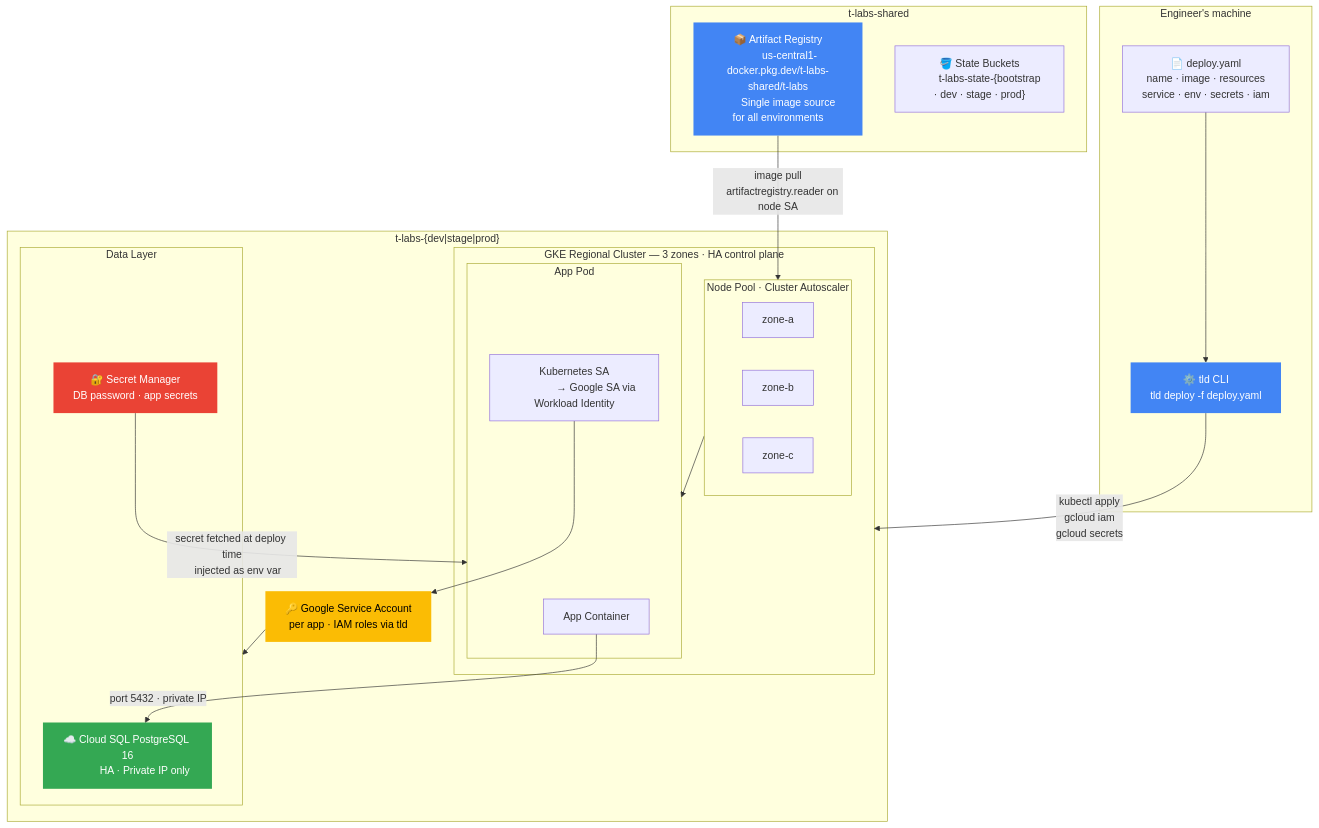
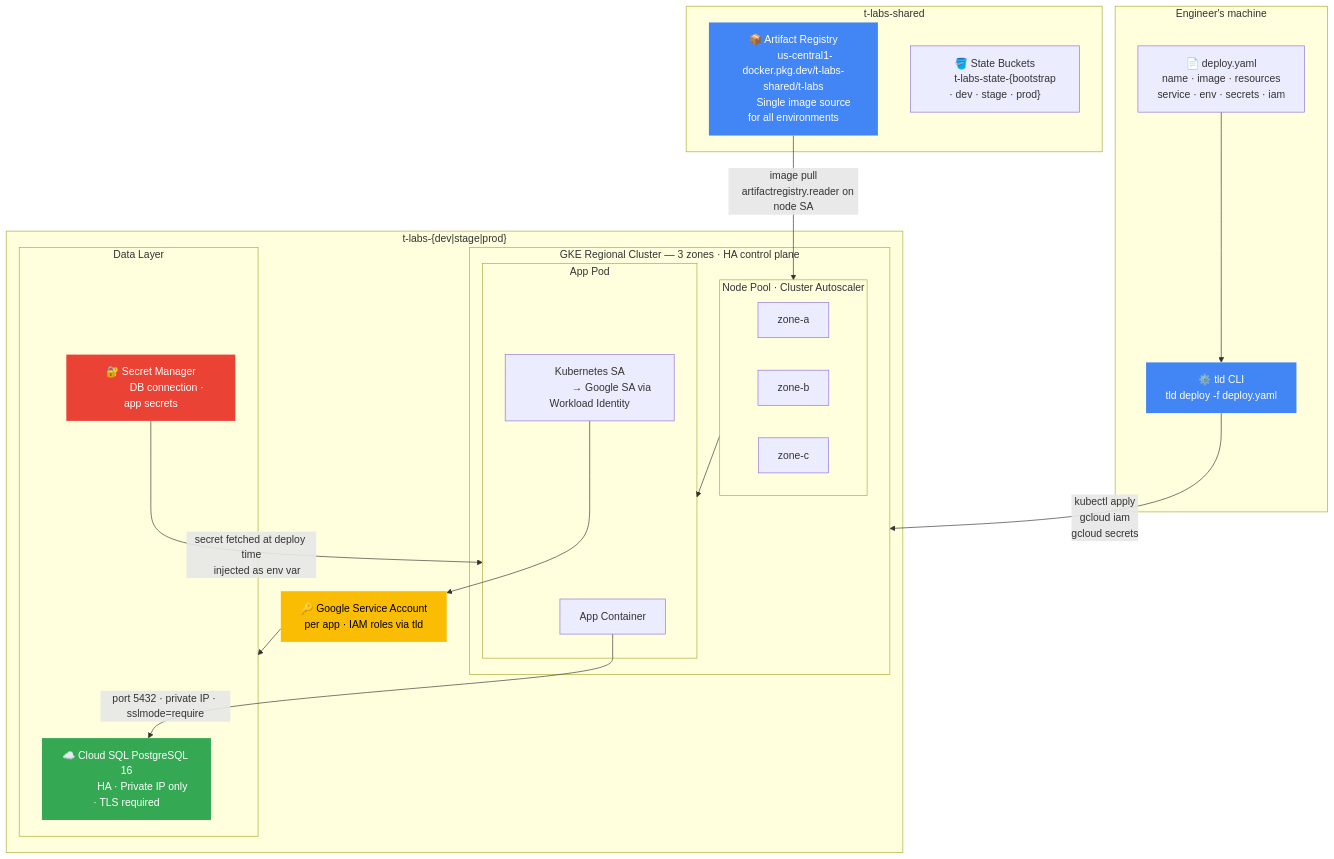
Before and after one commit to arpeetk/t-labs: the fourth of 5 diagrams in README.md, drawn with Mermaid. The commit also changed other lines of this file, not shown here.

First line of the commit message:
docs: rewrite README to reflect current architecture and CI/CD model

````diff
--- a/README.md
+++ b/README.md
@@ -151,60 +160,60 @@
 ```mermaid
 graph TD
     subgraph SHARED["t-labs-shared"]
         AR["📦 Artifact Registry
         us-central1-docker.pkg.dev/t-labs-shared/t-labs
         Single image source for all environments"]
         SB["🪣 State Buckets
         t-labs-state-{bootstrap · dev · stage · prod}"]
     end
 
     subgraph LOCAL["Engineer's machine"]
         MF["📄 deploy.yaml
         name · image · resources
         service · env · secrets · iam"]
         TLD["⚙️ tld CLI
         tld deploy -f deploy.yaml"]
         MF --> TLD
     end
 
     subgraph ENV["t-labs-{dev|stage|prod}"]
 
         subgraph GKE["GKE Regional Cluster — 3 zones · HA control plane"]
             subgraph NP["Node Pool · Cluster Autoscaler"]
                 N1["zone-a"] & N2["zone-b"] & N3["zone-c"]
             end
             subgraph APP["App Pod"]
                 AC["App Container"]
                 KSA["Kubernetes SA
                 → Google SA via Workload Identity"]
             end
         end
 
         subgraph DATA["Data Layer"]
             CSQL["☁️ Cloud SQL PostgreSQL 16
-            HA · Private IP only"]
+            HA · Private IP only · TLS required"]
             SM["🔐 Secret Manager
-            DB password · app secrets"]
+            DB connection · app secrets"]
         end
 
         GSA["🔑 Google Service Account
         per app · IAM roles via tld"]
     end
 
     TLD -->|"kubectl apply
     gcloud iam
     gcloud secrets"| GKE
     AR -->|"image pull
     artifactregistry.reader on node SA"| NP
     NP --> APP
-    AC -->|"port 5432 · private IP"| CSQL
+    AC -->|"port 5432 · private IP · sslmode=require"| CSQL
     SM -->|"secret fetched at deploy time
     injected as env var"| APP
     KSA --> GSA --> DATA
 
     style AR   fill:#4285F4,color:#fff,stroke:none
     style TLD  fill:#4285F4,color:#fff,stroke:none
     style CSQL fill:#34a853,color:#fff,stroke:none
     style SM   fill:#ea4335,color:#fff,stroke:none
     style GSA  fill:#fbbc04,color:#000,stroke:none
 ```
````
